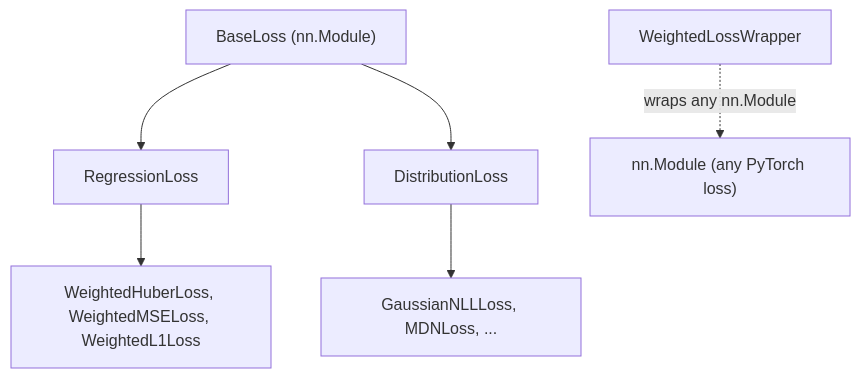
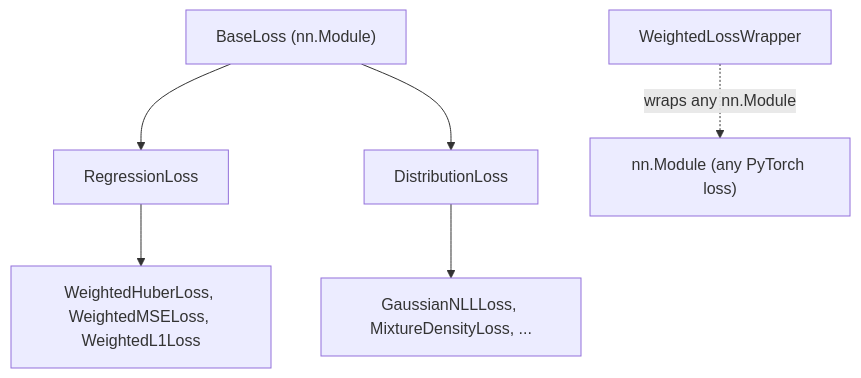
One commit to astroai/torchregress changed the diagram in docs/losses/base.md. Above: the diagram before and after it, drawn with Mermaid. The commit also changed 115 other files, not shown here.

````diff
--- a/docs/losses/base.md
+++ b/docs/losses/base.md
@@ -19,8 +19,8 @@
 ```mermaid
 graph TD
     A["BaseLoss (nn.Module)"] --> B["RegressionLoss"]
     A --> C["DistributionLoss"]
     D["WeightedLossWrapper"] -. "wraps any nn.Module" .-> E["nn.Module (any PyTorch loss)"]
     B --> F["WeightedHuberLoss, WeightedMSELoss, WeightedL1Loss"]
-    C --> G["GaussianNLLLoss, MDNLoss, ..."]
+    C --> G["GaussianNLLLoss, MixtureDensityLoss, ..."]
 ```
````
